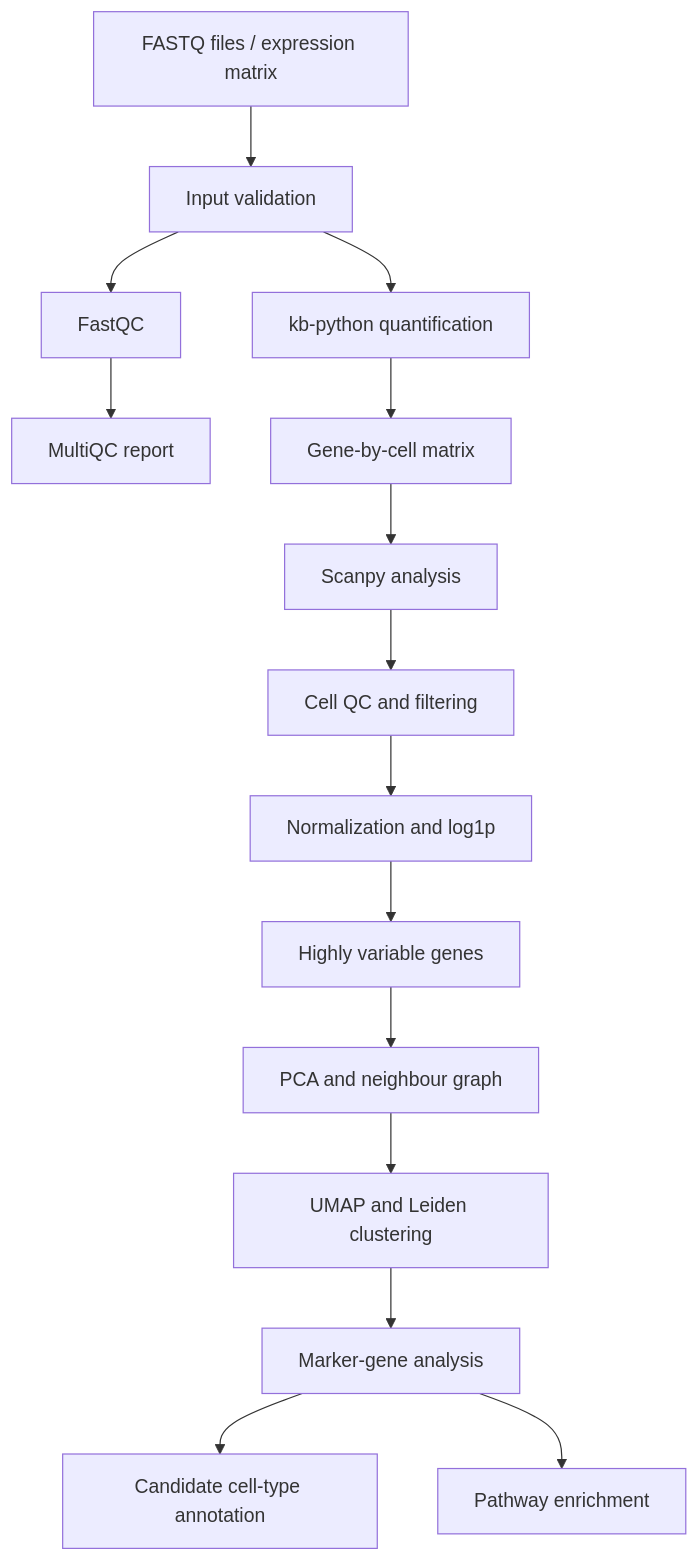
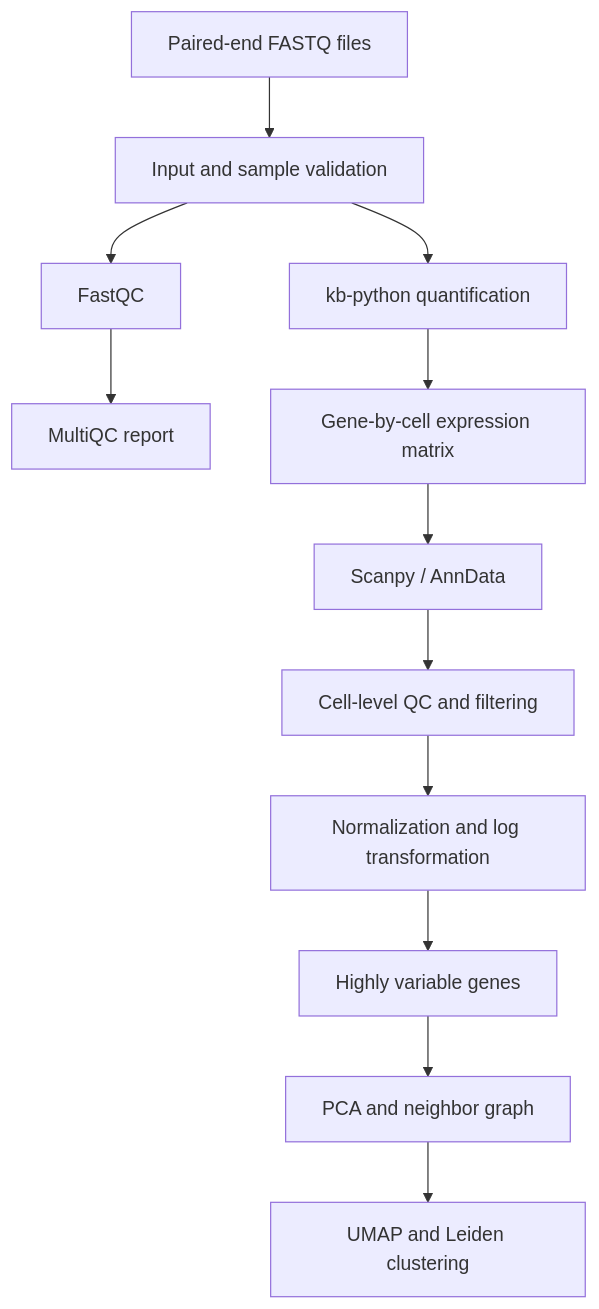
Before and after one commit to ANKUR77019/Reproducible-single-cell-RNA-seq-analysis-: the first of 2 diagrams in README.md, drawn with Mermaid. The commit also changed other lines of this file, not shown here.

Commit message:
Improve CellScope README presentation

````diff
--- a/README.md
+++ b/README.md
@@ -57,17 +54,14 @@
-``` mermaid
+```mermaid
 flowchart TD
-    A["FASTQ files / expression matrix"] --> B["Input validation"]
-    B --> C["FastQC"]
-    C --> D["MultiQC report"]
-    B --> E["kb-python quantification"]
-    E --> F["Gene-by-cell matrix"]
-    F --> G["Scanpy analysis"]
-    G --> H["Cell QC and filtering"]
-    H --> I["Normalization and log1p"]
-    I --> J["Highly variable genes"]
-    J --> K["PCA and neighbour graph"]
-    K --> L["UMAP and Leiden clustering"]
-    L --> M["Marker-gene analysis"]
-    M --> N["Candidate cell-type annotation"]
-    M --> O["Pathway enrichment"]
+    A[Paired-end FASTQ files] --> B[Input and sample validation]
+    B --> C[FastQC]
+    C --> D[MultiQC report]
+    B --> E[kb-python quantification]
+    E --> F[Gene-by-cell expression matrix]
+    F --> G[Scanpy / AnnData]
+    G --> H[Cell-level QC and filtering]
+    H --> I[Normalization and log transformation]
+    I --> J[Highly variable genes]
+    J --> K[PCA and neighbor graph]
+    K --> L[UMAP and Leiden clustering]
 ```
````
